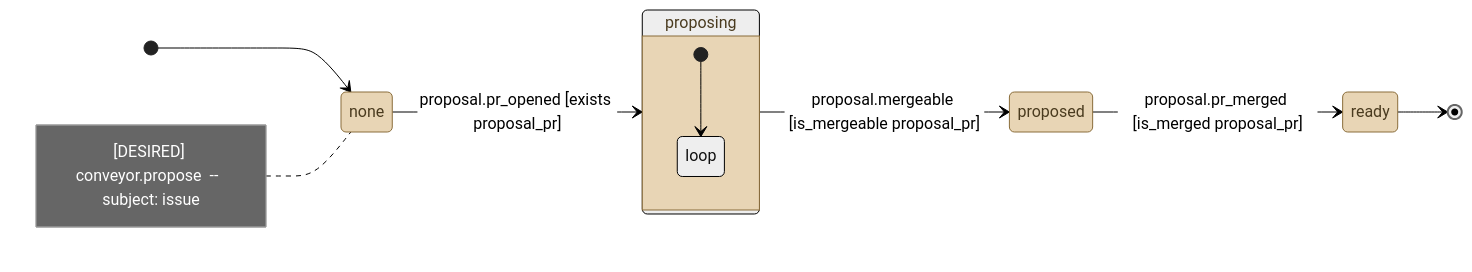
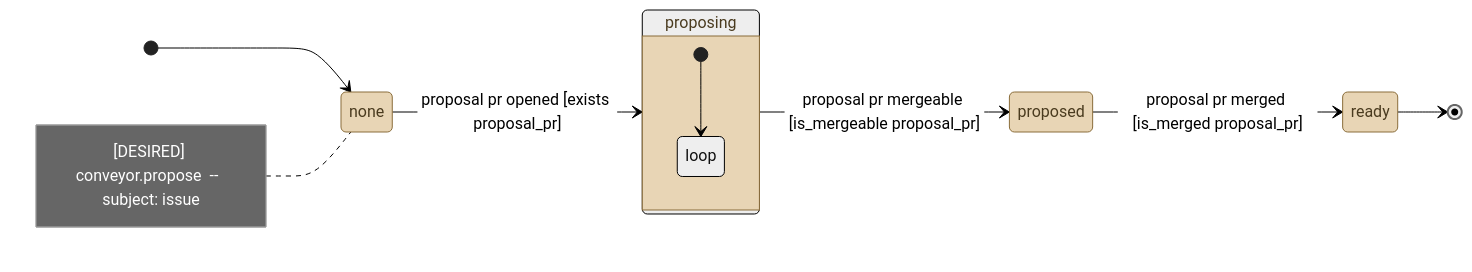
Before and after one commit to kostiantyn-matsebora/agent-ops-operator: the diagram in .github/conveyor-model/mermaid/desired/conveyor_propose.mmd, drawn with Mermaid (neutral theme). The commit also changed 4 other files, not shown here.

```diff
--- a/.github/conveyor-model/mermaid/desired/conveyor_propose.mmd
+++ b/.github/conveyor-model/mermaid/desired/conveyor_propose.mmd
@@ -1,21 +1,21 @@
 stateDiagram-v2
     direction LR
     [*] --> none
     note left of none
         [DESIRED] conveyor.propose  --  subject: issue
     end note
     classDef stationState fill:#e8d5b5,stroke:#8a6d3b,color:#4a3b1f
     classDef loopState fill:#c9e4de,stroke:#2f6b5e,color:#1a3b33
     state none
     state proposing
     state proposed
     state ready
-    none --> proposing : proposal.pr_opened [exists proposal_pr]
-    proposing --> proposed : proposal.mergeable [is_mergeable proposal_pr]
-    proposed --> ready : proposal.pr_merged [is_merged proposal_pr]
+    none --> proposing : proposal pr opened [exists proposal_pr]
+    proposing --> proposed : proposal pr mergeable [is_mergeable proposal_pr]
+    proposed --> ready : proposal pr merged [is_merged proposal_pr]
     ready --> [*]
     class none, proposing, proposed, ready stationState
     state proposing {
         [*] --> loop
         state "loop" as loop
     }
```
